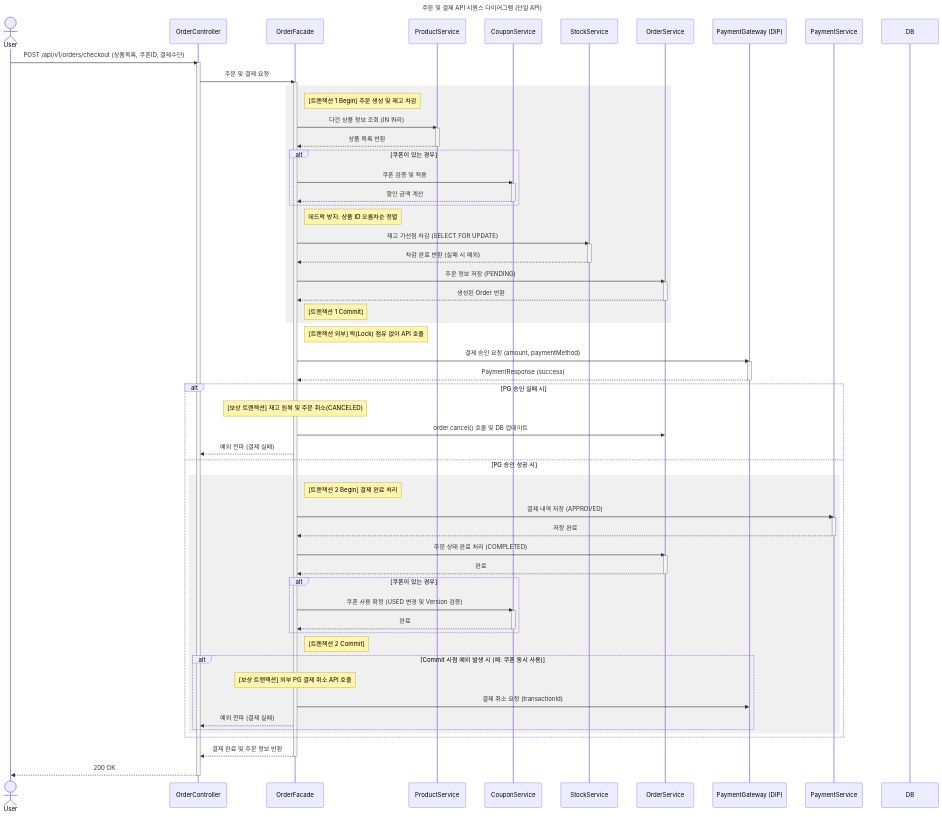
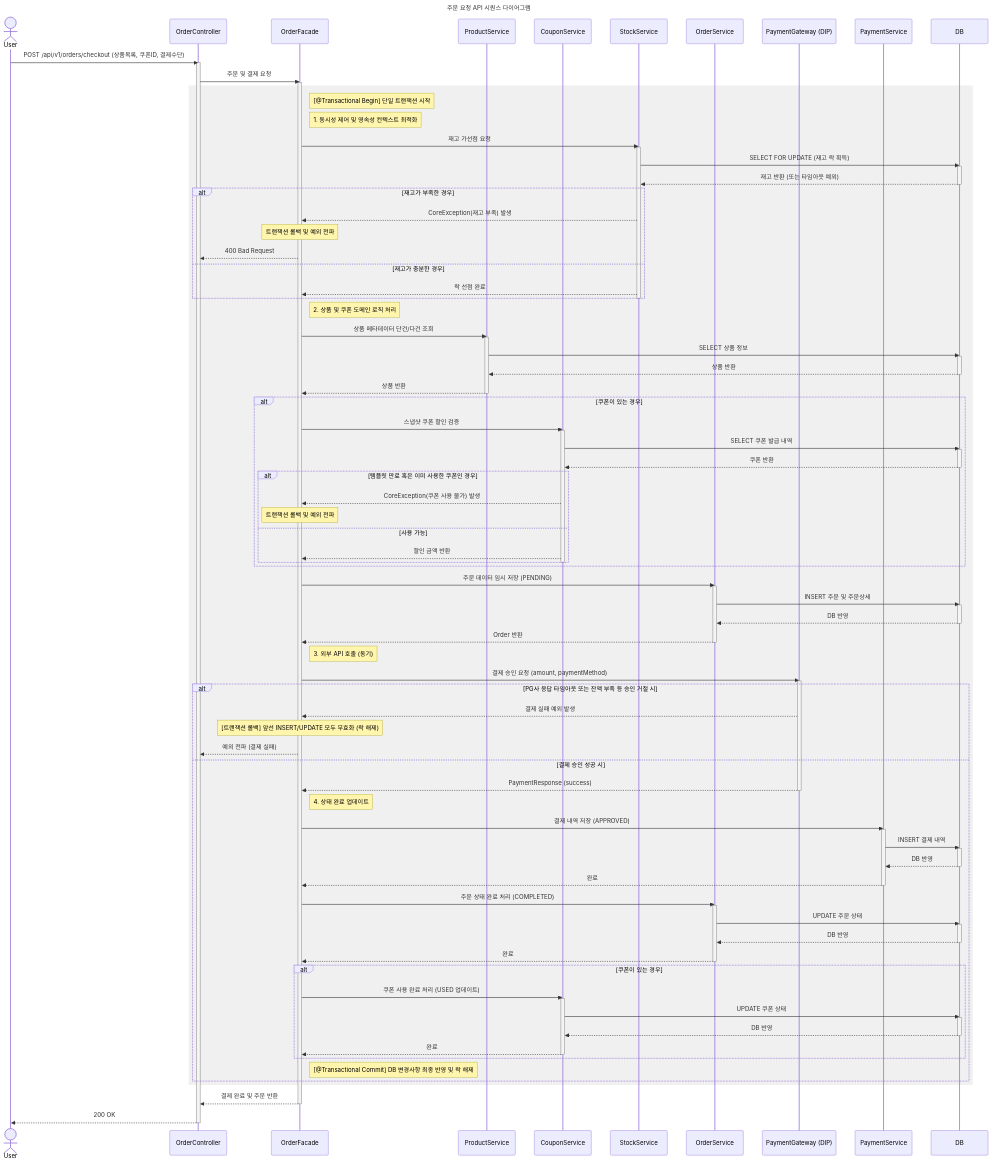
The first of 4 diagrams in docs/week2/02-sequence-diagrams.md (loopers-labs/loop-pack-be-l2-vol4-java), drawn with Mermaid before and after one commit. The commit also changed 3 other files, not shown here.

````diff
--- a/docs/week2/02-sequence-diagrams.md
+++ b/docs/week2/02-sequence-diagrams.md
@@ -1,6 +1,6 @@
 ```mermaid
 sequenceDiagram
-    title 주문 및 결제 API 시퀀스 다이어그램 (단일 API)
+    title 주문 요청 API 시퀀스 다이어그램
     actor User
     participant Controller as OrderController
     participant Facade as OrderFacade
@@ -19,76 +19,107 @@
     activate Facade
 
     rect rgb(240, 240, 240)
-        Note right of Facade: [트랜잭션 1 Begin] 주문 생성 및 재고 차감
+        Note right of Facade: [@Transactional Begin] 단일 트랜잭션 시작
 
-        Facade->>ProductSvc: 다건 상품 정보 조회 (IN 쿼리)
+        Note right of Facade: 1. 동시성 제어 및 영속성 컨텍스트 최적화
+        Facade->>StockSvc: 재고 가선점 요청
+        activate StockSvc
+        StockSvc->>Repo: SELECT FOR UPDATE (재고 락 획득)
+        activate Repo
+        Repo-->>StockSvc: 재고 반환 (또는 타임아웃 예외)
+        deactivate Repo
+        
+        alt 재고가 부족한 경우
+            StockSvc-->>Facade: CoreException(재고 부족) 발생
+            Note over Facade: 트랜잭션 롤백 및 예외 전파
+            Facade-->>Controller: 400 Bad Request
+        else 재고가 충분한 경우
+            StockSvc-->>Facade: 락 선점 완료
+        end
+        deactivate StockSvc
+
+        Note right of Facade: 2. 상품 및 쿠폰 도메인 로직 처리
+        Facade->>ProductSvc: 상품 메타데이터 단건/다건 조회
         activate ProductSvc
-        ProductSvc-->>Facade: 상품 목록 반환
+        ProductSvc->>Repo: SELECT 상품 정보
+        activate Repo
+        Repo-->>ProductSvc: 상품 반환
+        deactivate Repo
+        ProductSvc-->>Facade: 상품 반환
         deactivate ProductSvc
 
         alt 쿠폰이 있는 경우
-            Facade->>CouponSvc: 쿠폰 검증 및 적용
+            Facade->>CouponSvc: 스냅샷 쿠폰 할인 검증
             activate CouponSvc
-            CouponSvc-->>Facade: 할인 금액 계산
+            CouponSvc->>Repo: SELECT 쿠폰 발급 내역
+            activate Repo
+            Repo-->>CouponSvc: 쿠폰 반환
+            deactivate Repo
+            alt 템플릿 만료 혹은 이미 사용한 쿠폰인 경우
+                CouponSvc-->>Facade: CoreException(쿠폰 사용 불가) 발생
+                Note over Facade: 트랜잭션 롤백 및 예외 전파
+            else 사용 가능
+                CouponSvc-->>Facade: 할인 금액 반환
+            end
             deactivate CouponSvc
         end
 
-        Note right of Facade: 데드락 방지: 상품 ID 오름차순 정렬
-        Facade->>StockSvc: 재고 가선점 차감 (SELECT FOR UPDATE)
-        activate StockSvc
-        StockSvc-->>Facade: 차감 완료 반환 (실패 시 예외)
-        deactivate StockSvc
-
-        Facade->>OrderSvc: 주문 정보 저장 (PENDING)
+        Facade->>OrderSvc: 주문 데이터 임시 저장 (PENDING)
         activate OrderSvc
-        OrderSvc-->>Facade: 생성된 Order 반환
+        OrderSvc->>Repo: INSERT 주문 및 주문상세
+        activate Repo
+        Repo-->>OrderSvc: DB 반영
+        deactivate Repo
+        OrderSvc-->>Facade: Order 반환
         deactivate OrderSvc
 
-        Note right of Facade: [트랜잭션 1 Commit]
-    end
+        Note right of Facade: 3. 외부 API 호출 (동기)
+        Facade->>PG: 결제 승인 요청 (amount, paymentMethod)
+        activate PG
+        
+        alt PG사 응답 타임아웃 또는 잔액 부족 등 승인 거절 시
+            PG-->>Facade: 결제 실패 예외 발생
+            Note over Facade: [트랜잭션 롤백] 앞선 INSERT/UPDATE 모두 무효화 (락 해제)
+            Facade-->>Controller: 예외 전파 (결제 실패)
+        else 결제 승인 성공 시
+            PG-->>Facade: PaymentResponse (success)
+            deactivate PG
 
-    %% 외부 PG API 호출 (트랜잭션 외부)
-    Note right of Facade: [트랜잭션 외부] 락(Lock) 점유 없이 API 호출
-    Facade->>PG: 결제 승인 요청 (amount, paymentMethod)
-    activate PG
-    PG-->>Facade: PaymentResponse (success)
-    deactivate PG
-
-    alt PG 승인 실패 시
-        Note over Facade: [보상 트랜잭션] 재고 원복 및 주문 취소(CANCELED)
-        Facade->>OrderSvc: order.cancel() 호출 및 DB 업데이트
-        Facade-->>Controller: 예외 전파 (결제 실패)
-    else PG 승인 성공 시
-        rect rgb(240, 240, 240)
-            Note right of Facade: [트랜잭션 2 Begin] 결제 완료 처리
-            
+            Note right of Facade: 4. 상태 완료 업데이트
             Facade->>PaySvc: 결제 내역 저장 (APPROVED)
             activate PaySvc
-            PaySvc-->>Facade: 저장 완료
+            PaySvc->>Repo: INSERT 결제 내역
+            activate Repo
+            Repo-->>PaySvc: DB 반영
+            deactivate Repo
+            PaySvc-->>Facade: 완료
             deactivate PaySvc
 
             Facade->>OrderSvc: 주문 상태 완료 처리 (COMPLETED)
             activate OrderSvc
+            OrderSvc->>Repo: UPDATE 주문 상태
+            activate Repo
+            Repo-->>OrderSvc: DB 반영
+            deactivate Repo
             OrderSvc-->>Facade: 완료
             deactivate OrderSvc
 
             alt 쿠폰이 있는 경우
-                Facade->>CouponSvc: 쿠폰 사용 확정 (USED 변경 및 Version 검증)
+                Facade->>CouponSvc: 쿠폰 사용 완료 처리 (USED 업데이트)
                 activate CouponSvc
+                CouponSvc->>Repo: UPDATE 쿠폰 상태
+                activate Repo
+                Repo-->>CouponSvc: DB 반영
+                deactivate Repo
                 CouponSvc-->>Facade: 완료
                 deactivate CouponSvc
             end
 
-            Note right of Facade: [트랜잭션 2 Commit] 
-            alt Commit 시점 예외 발생 시 (예: 쿠폰 동시 사용)
-                Note over Facade: [보상 트랜잭션] 외부 PG 결제 취소 API 호출
-                Facade->>PG: 결제 취소 요청 (transactionId)
-                Facade-->>Controller: 예외 전파 (결제 실패)
-            end
+            Note right of Facade: [@Transactional Commit] DB 변경사항 최종 반영 및 락 해제
         end
     end
 
-    Facade-->>Controller: 결제 완료 및 주문 정보 반환
+    Facade-->>Controller: 결제 완료 및 주문 반환
     deactivate Facade
     Controller-->>User: 200 OK
     deactivate Controller
````
